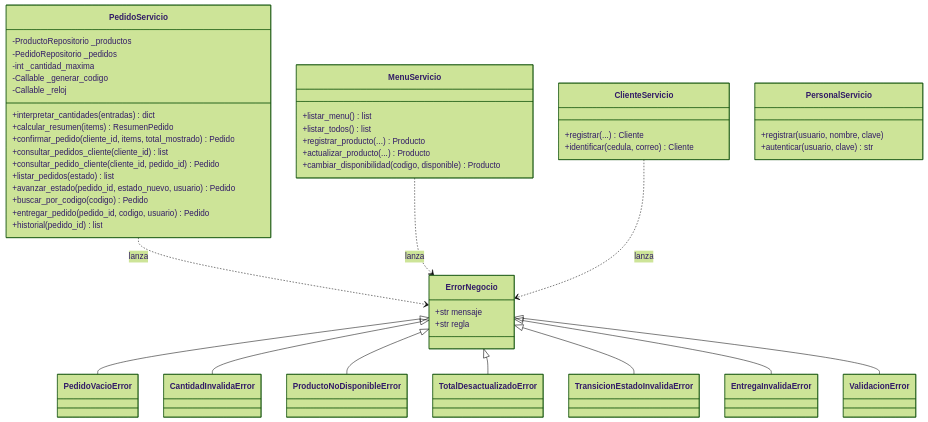
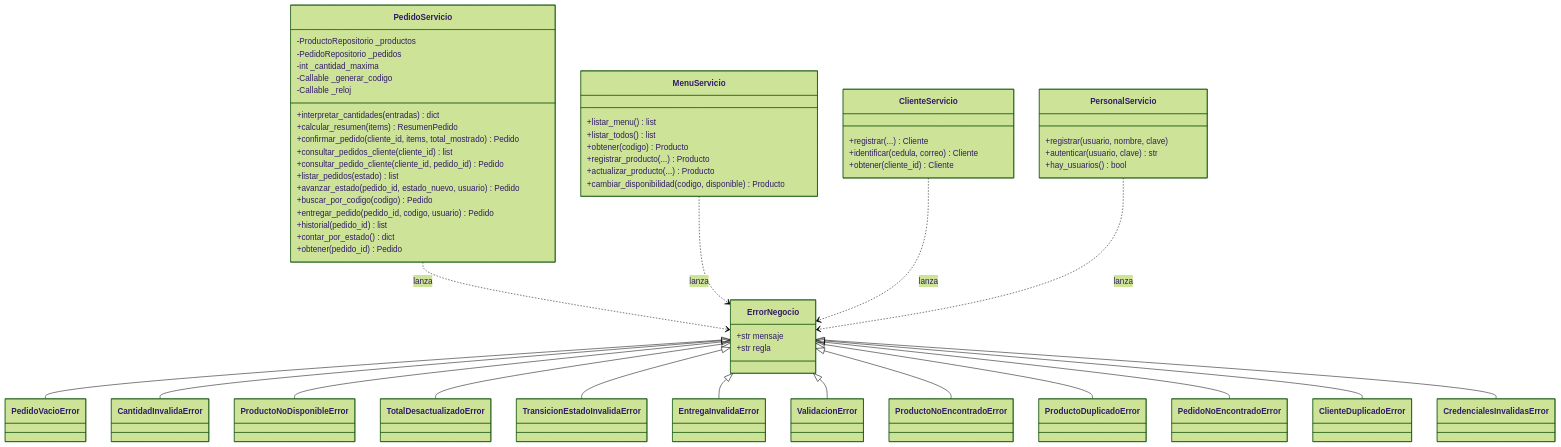
The third of 7 diagrams in docs/02_diseno.md (g-cevallos/Proyecto_1B_EvolucionSW_Equipo-1), drawn with Mermaid (forest theme) before and after one commit. The commit also changed other lines of this file and 2 other files, not shown here.

Commit message:
docs: quitar diagramas de casos de uso y estados, y actualizar diseño y trazabilidad según los fix

````diff
--- a/docs/02_diseno.md
+++ b/docs/02_diseno.md
@@ -167,50 +139,61 @@
 ```mermaid
 classDiagram
     direction TB
     class PedidoServicio {
         -ProductoRepositorio _productos
         -PedidoRepositorio _pedidos
         -int _cantidad_maxima
         -Callable _generar_codigo
         -Callable _reloj
         +interpretar_cantidades(entradas) dict
         +calcular_resumen(items) ResumenPedido
         +confirmar_pedido(cliente_id, items, total_mostrado) Pedido
         +consultar_pedidos_cliente(cliente_id) list
         +consultar_pedido_cliente(cliente_id, pedido_id) Pedido
         +listar_pedidos(estado) list
         +avanzar_estado(pedido_id, estado_nuevo, usuario) Pedido
         +buscar_por_codigo(codigo) Pedido
         +entregar_pedido(pedido_id, codigo, usuario) Pedido
         +historial(pedido_id) list
+        +contar_por_estado() dict
+        +obtener(pedido_id) Pedido
     }
     class MenuServicio {
         +listar_menu() list
         +listar_todos() list
+        +obtener(codigo) Producto
         +registrar_producto(...) Producto
         +actualizar_producto(...) Producto
         +cambiar_disponibilidad(codigo, disponible) Producto
     }
     class ClienteServicio {
         +registrar(...) Cliente
         +identificar(cedula, correo) Cliente
+        +obtener(cliente_id) Cliente
     }
     class PersonalServicio {
         +registrar(usuario, nombre, clave)
         +autenticar(usuario, clave) str
+        +hay_usuarios() bool
     }
     class ErrorNegocio {
         +str mensaje
         +str regla
     }
     ErrorNegocio <|-- PedidoVacioError
     ErrorNegocio <|-- CantidadInvalidaError
     ErrorNegocio <|-- ProductoNoDisponibleError
     ErrorNegocio <|-- TotalDesactualizadoError
     ErrorNegocio <|-- TransicionEstadoInvalidaError
     ErrorNegocio <|-- EntregaInvalidaError
     ErrorNegocio <|-- ValidacionError
+    ErrorNegocio <|-- ProductoNoEncontradoError
+    ErrorNegocio <|-- ProductoDuplicadoError
+    ErrorNegocio <|-- PedidoNoEncontradoError
+    ErrorNegocio <|-- ClienteDuplicadoError
+    ErrorNegocio <|-- CredencialesInvalidasError
     PedidoServicio ..> ErrorNegocio : lanza
     MenuServicio ..> ErrorNegocio : lanza
     ClienteServicio ..> ErrorNegocio : lanza
+    PersonalServicio ..> ErrorNegocio : lanza
 ```
````
